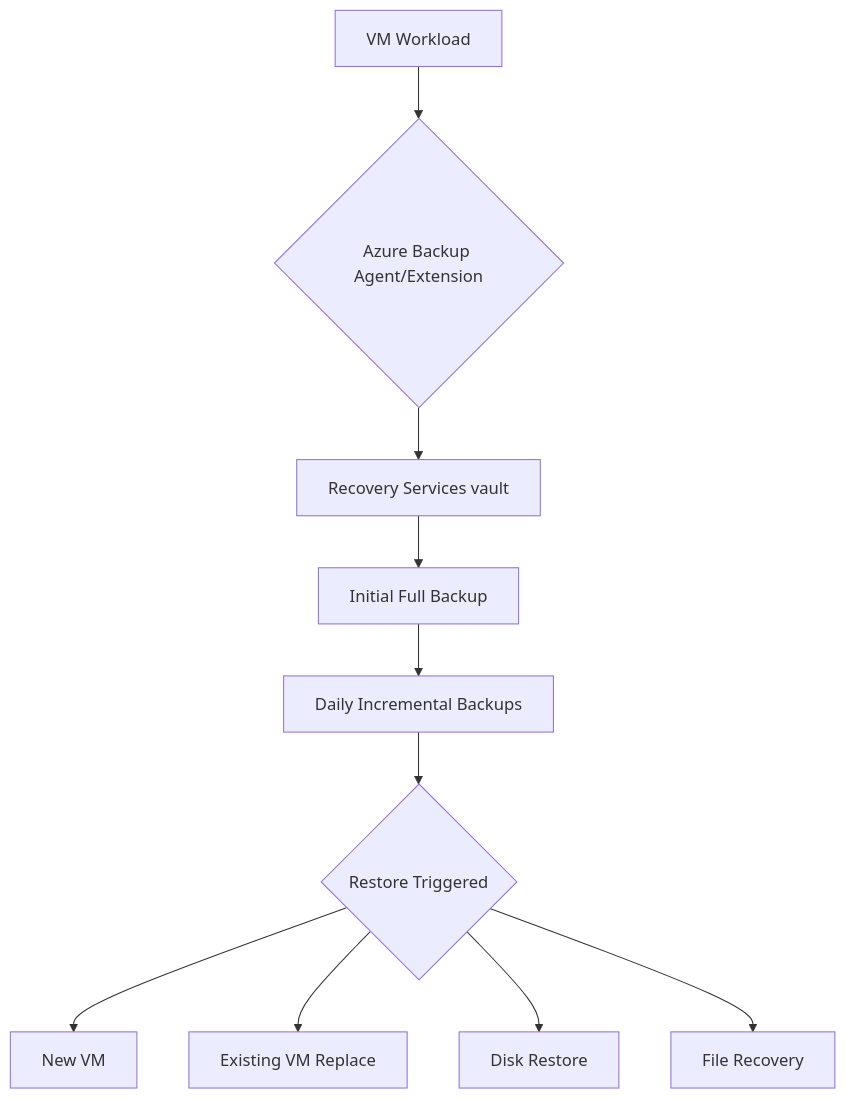
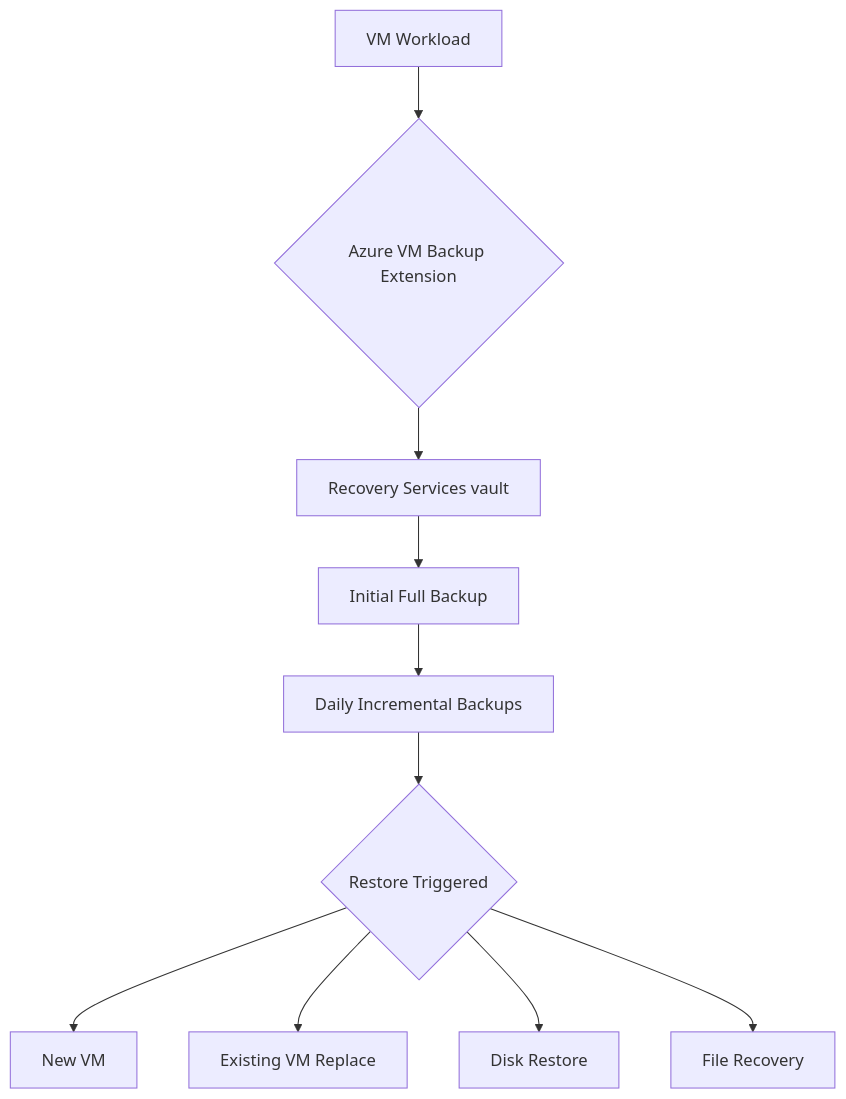
One commit to yeongseon/azure-virtual-machine-practical-guide changed the diagram in docs/operations/backup-restore.md. Above: the diagram before and after it, drawn with Mermaid. The commit also changed 11 other files, not shown here.

````diff
--- a/docs/operations/backup-restore.md
+++ b/docs/operations/backup-restore.md
@@ -7,12 +7,12 @@
 ```mermaid
 graph TD
-    A[VM Workload] --> B{Azure Backup Agent/Extension}
+    A[VM Workload] --> B{Azure VM Backup Extension}
     B --> C[Recovery Services vault]
     C --> D[Initial Full Backup]
     D --> E[Daily Incremental Backups]
     E --> F{Restore Triggered}
     F --> G[New VM]
     F --> H[Existing VM Replace]
     F --> I[Disk Restore]
     F --> J[File Recovery]
 ```
````
